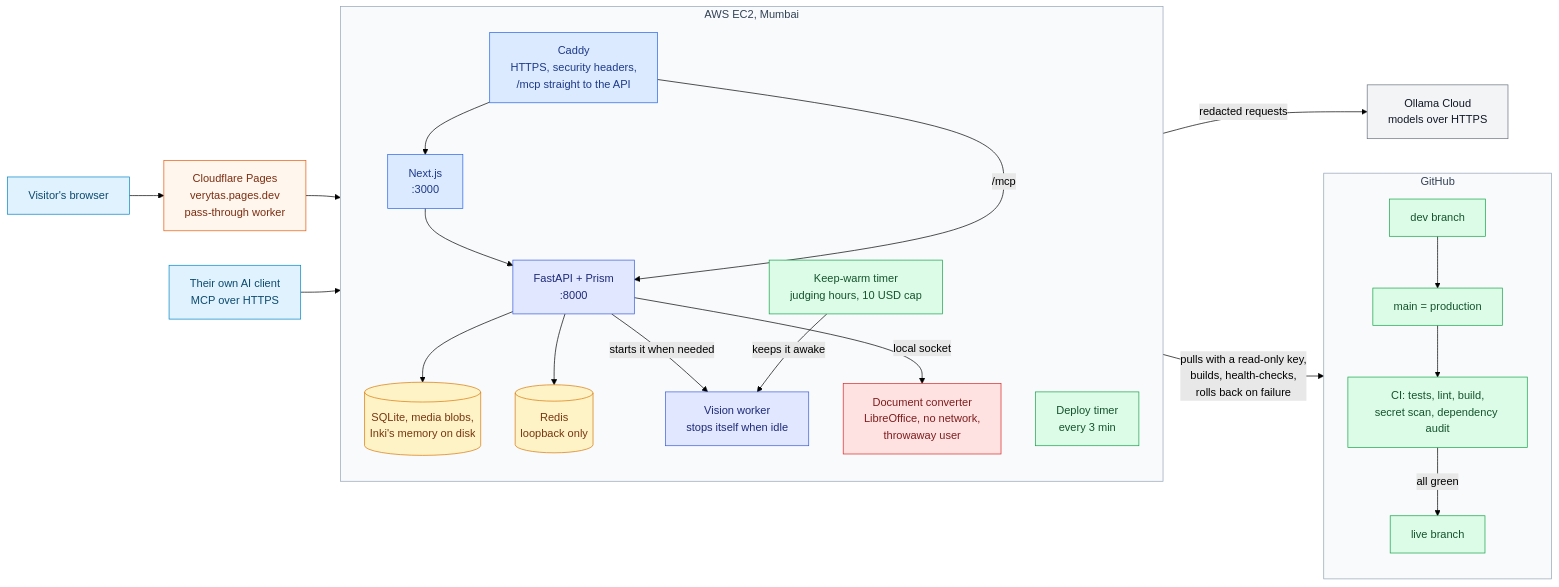
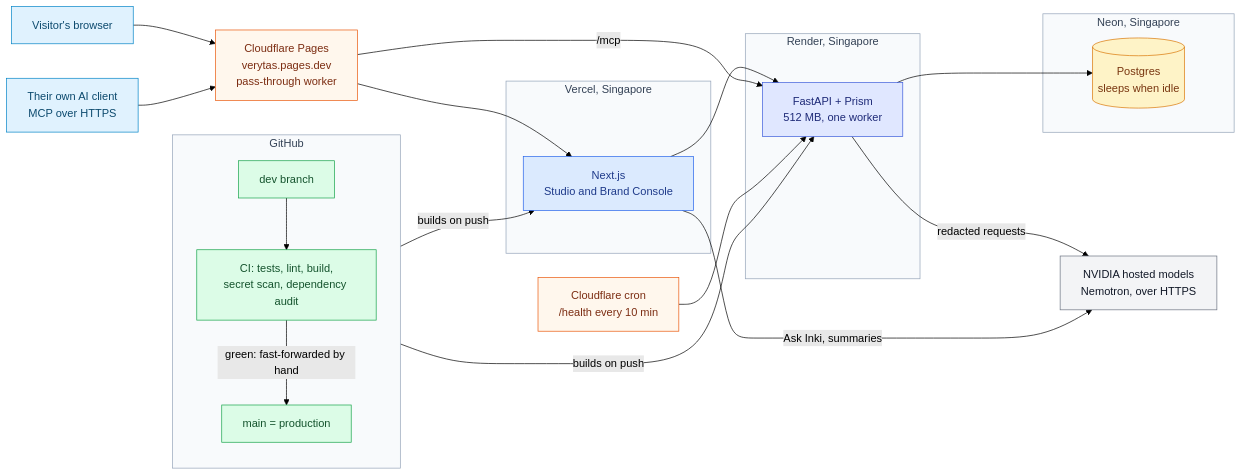
The third of 3 diagrams in README.md (varadarajjborkar/verytas), drawn with Mermaid (forest theme) before and after one commit. The commit also changed other lines of this file and 6 other files, not shown here.

````diff
--- a/README.md
+++ b/README.md
@@ -157,52 +160,45 @@
 ```mermaid
 flowchart LR
     U["Visitor's browser"]:::client
     AIC["Their own AI client<br/>MCP over HTTPS"]:::client
     CF["Cloudflare Pages<br/>verytas.pages.dev<br/>pass-through worker"]:::edge
+    CRON["Cloudflare cron<br/>/health every 10 min"]:::edge
 
-    subgraph AWS["AWS EC2, Mumbai"]
-        direction TB
-        CAD["Caddy<br/>HTTPS, security headers,<br/>/mcp straight to the API"]:::web
-        NX["Next.js<br/>:3000"]:::web
-        FA["FastAPI + Prism<br/>:8000"]:::api
-        SQ[("SQLite, media blobs,<br/>Inki's memory on disk")]:::data
-        TM["Deploy timer<br/>every 3 min"]:::ops
-        RD[("Redis<br/>loopback only")]:::data
-        KW["Keep-warm timer<br/>judging hours, 10 USD cap"]:::ops
-        VW["Vision worker<br/>stops itself when idle"]:::api
-        CV["Document converter<br/>LibreOffice, no network,<br/>throwaway user"]:::sec
-        CAD --> NX --> FA --> SQ
-        CAD -- "/mcp" --> FA
-        FA --> RD
-        FA -- "starts it when needed" --> VW
-        KW -- "keeps it awake" --> VW
-        FA -- "local socket" --> CV
+    subgraph VC["Vercel, Singapore"]
+        NX["Next.js<br/>Studio and Brand Console"]:::web
     end
-
-    OL["Ollama Cloud<br/>models over HTTPS"]:::ext
+    subgraph RD["Render, Singapore"]
+        FA["FastAPI + Prism<br/>512 MB, one worker"]:::api
+    end
+    subgraph NE["Neon, Singapore"]
+        PG[("Postgres<br/>sleeps when idle")]:::data
+    end
+    NV["NVIDIA hosted models<br/>Nemotron, over HTTPS"]:::ext
 
     subgraph GH["GitHub"]
         direction TB
         DEV["dev branch"]:::ops
+        CI["CI: tests, lint, build,<br/>secret scan, dependency audit"]:::ops
         MAIN["main = production"]:::ops
-        CI["CI: tests, lint, build,<br/>secret scan, dependency audit"]:::ops
-        LIVE["live branch"]:::ops
-        DEV --> MAIN --> CI -- "all green" --> LIVE
+        DEV --> CI -- "green: fast-forwarded by hand" --> MAIN
     end
 
-    U --> CF --> CAD
-    AIC --> CAD
-    FA -- "redacted requests" --> OL
-    TM -- "pulls with a read-only key,<br/>builds, health-checks,<br/>rolls back on failure" --> LIVE
+    U --> CF --> NX --> FA --> PG
+    AIC --> CF -- "/mcp" --> FA
+    CRON --> FA
+    FA -- "redacted requests" --> NV
+    NX -- "Ask Inki, summaries" --> NV
+    MAIN -- "builds on push" --> NX & FA
 
-    style AWS fill:#f8fafc,stroke:#94a3b8,color:#334155
+    style VC fill:#f8fafc,stroke:#94a3b8,color:#334155
+    style RD fill:#f8fafc,stroke:#94a3b8,color:#334155
+    style NE fill:#f8fafc,stroke:#94a3b8,color:#334155
     style GH fill:#f8fafc,stroke:#94a3b8,color:#334155
     classDef client fill:#e0f2fe,stroke:#0284c7,color:#0c4a6e
     classDef edge fill:#fff7ed,stroke:#ea580c,color:#7c2d12
     classDef web fill:#dbeafe,stroke:#2563eb,color:#1e3a8a
     classDef api fill:#e0e7ff,stroke:#3b5bdb,color:#1e2a78
     classDef data fill:#fef3c7,stroke:#d97706,color:#78350f
     classDef ext fill:#f3f4f6,stroke:#6b7280,color:#111827
     classDef ops fill:#dcfce7,stroke:#16a34a,color:#14532d
-    classDef sec fill:#fee2e2,stroke:#dc2626,color:#7f1d1d
 ```
````
